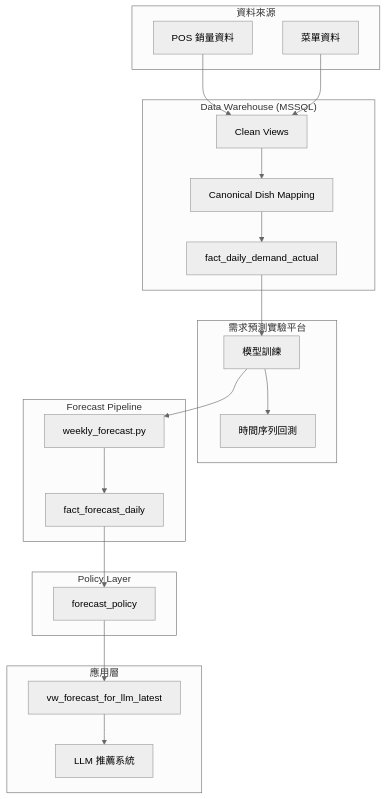
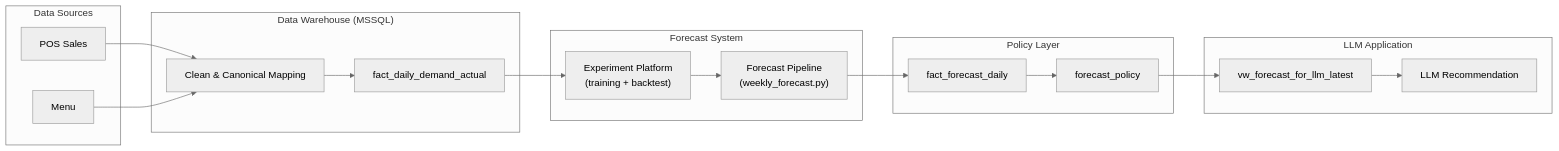
Before and after one commit to cyhsu15/aiorderfood: the first of 2 diagrams in README.md, drawn with Mermaid (neutral theme). The commit also changed other lines of this file, not shown here.

````diff
--- a/README.md
+++ b/README.md
@@ -44,44 +44,41 @@
 ```mermaid
-flowchart TB
- subgraph SRC["資料來源"]
-        POS["POS 銷量資料"]
-        MENU["菜單資料"]
-  end
+flowchart LR
 
- subgraph DW["Data Warehouse (MSSQL)"]
-        CLEAN["Clean Views"]
-        CANON["Canonical Dish Mapping"]
-        FACT["fact_daily_demand_actual"]
-  end
+subgraph SRC["Data Sources"]
+    POS["POS Sales"]
+    MENU["Menu"]
+end
 
- subgraph ML["需求預測實驗平台"]
-        TRAIN["模型訓練"]
-        BACKTEST["時間序列回測"]
-  end
+subgraph DW["Data Warehouse (MSSQL)"]
+    CLEAN["Clean & Canonical Mapping"]
+    FACT_A["fact_daily_demand_actual"]
+end
 
- subgraph PIPE["Forecast Pipeline"]
-        FORECAST["weekly_forecast.py"]
-        FACT_F["fact_forecast_daily"]
-  end
+subgraph ML["Forecast System"]
+    TRAIN["Experiment Platform<br/>(training + backtest)"]
+    WF["Forecast Pipeline<br/>(weekly_forecast.py)"]
+end
 
- subgraph POLICY["Policy Layer"]
-        POLICY_T["forecast_policy"]
-  end
+subgraph POLICY["Policy Layer"]
+    FACT_F["fact_forecast_daily"]
+    POLICY_T["forecast_policy"]
+end
 
- subgraph APP["應用層"]
-        VIEW["vw_forecast_for_llm_latest"]
-        LLM["LLM 推薦系統"]
-  end
+subgraph APP["LLM Application"]
+    VIEW["vw_forecast_for_llm_latest"]
+    LLM["LLM Recommendation"]
+end
 
-    POS --> CLEAN
-    MENU --> CLEAN
-    CLEAN --> CANON
-    CANON --> FACT
-    FACT --> TRAIN
-    TRAIN --> BACKTEST
-    TRAIN --> FORECAST
-    FORECAST --> FACT_F
-    FACT_F --> POLICY_T
-    POLICY_T --> VIEW
-    VIEW --> LLM
+POS --> CLEAN
+MENU --> CLEAN
+CLEAN --> FACT_A
+
+FACT_A --> TRAIN
+TRAIN --> WF
+
+WF --> FACT_F
+FACT_F --> POLICY_T
+
+POLICY_T --> VIEW
+VIEW --> LLM
 ```
````
